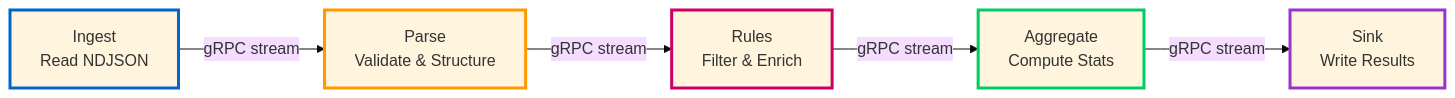
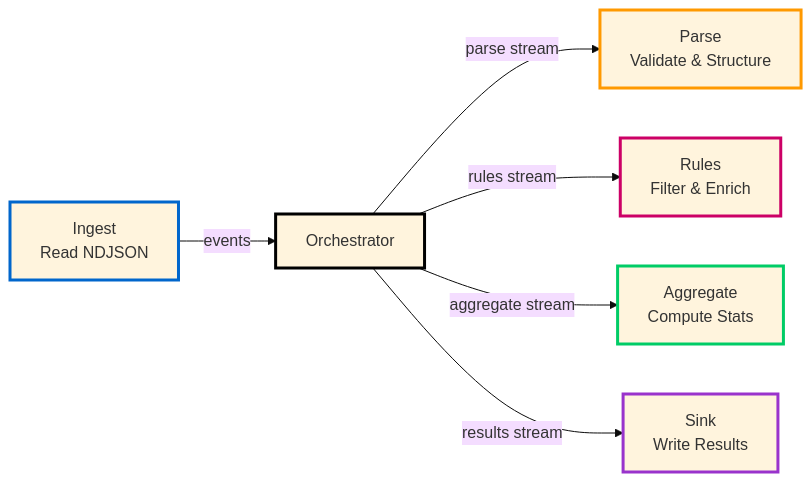
One commit to Michael--/modular-runtime changed the third of 3 diagrams in docs-site/docs/guide/architecture.md. Above: the diagram before and after it, drawn with Mermaid (base theme). The commit also changed other lines of this file and 7 other files, not shown here.

````diff
--- a/docs-site/docs/guide/architecture.md
+++ b/docs-site/docs/guide/architecture.md
@@ -100,13 +102,15 @@
 ```mermaid
 flowchart LR
-    A[Ingest<br/>Read NDJSON] -->|gRPC stream| B[Parse<br/>Validate & Structure]
-    B -->|gRPC stream| C[Rules<br/>Filter & Enrich]
-    C -->|gRPC stream| D[Aggregate<br/>Compute Stats]
-    D -->|gRPC stream| E[Sink<br/>Write Results]
+    A[Ingest<br/>Read NDJSON] -->|events| O[Orchestrator]
+    O -->|parse stream| B[Parse<br/>Validate & Structure]
+    O -->|rules stream| C[Rules<br/>Filter & Enrich]
+    O -->|aggregate stream| D[Aggregate<br/>Compute Stats]
+    O -->|results stream| E[Sink<br/>Write Results]
 
     style A stroke:#0066cc,stroke-width:3px
+    style O stroke:#000000,stroke-width:3px
     style B stroke:#ff9900,stroke-width:3px
     style C stroke:#cc0066,stroke-width:3px
     style D stroke:#00cc66,stroke-width:3px
     style E stroke:#9933cc,stroke-width:3px
 ```
````
